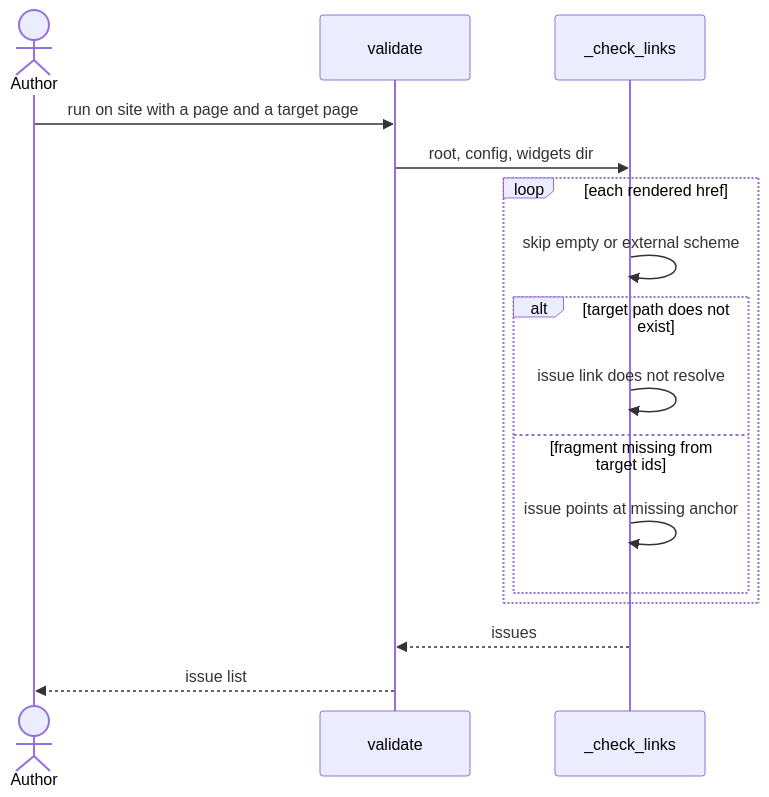
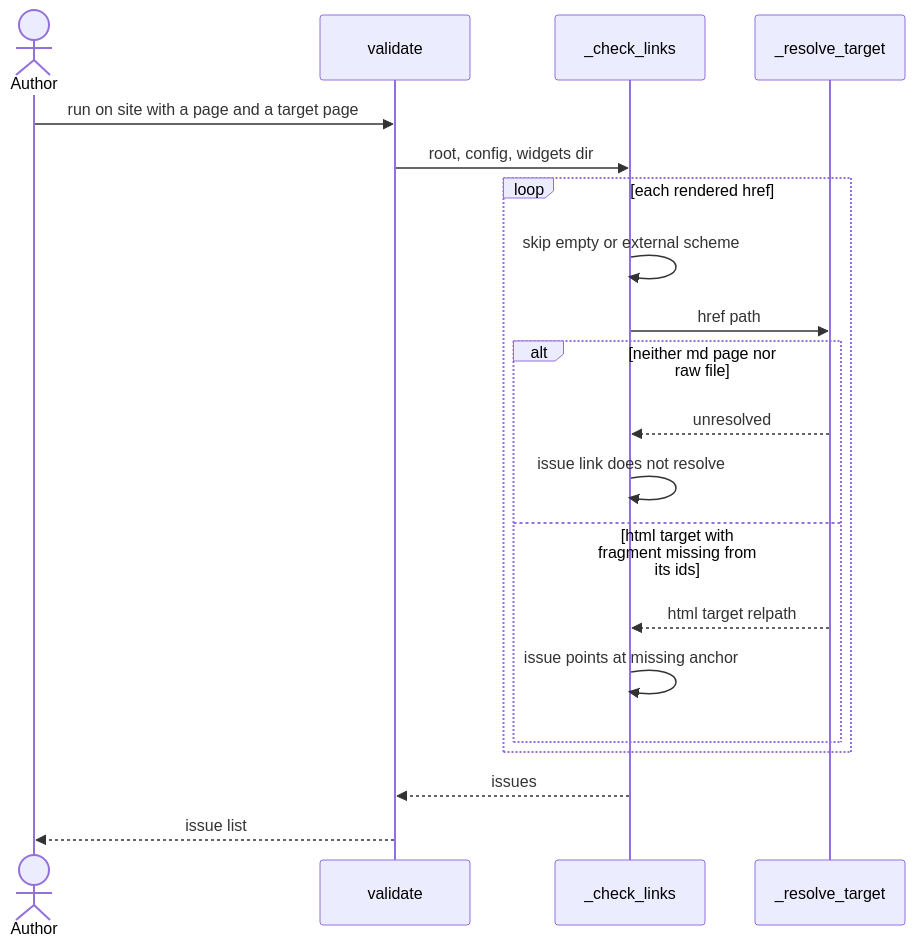
The fourth of 6 diagrams in wiki/features/Site-Validation.md (manuelagirre/mdwiki), drawn with Mermaid before and after one commit. The commit also changed other lines of this file and 9 other files, not shown here.

First line of the commit message:
Fold HTML/static file serving into the wiki and retire its backlog item

````diff
--- a/wiki/features/Site-Validation.md
+++ b/wiki/features/Site-Validation.md
@@ -130,18 +135,22 @@
 ```mermaid
 sequenceDiagram
     actor Author
     participant validate
     participant _check_links
+    participant _resolve_target
     Author->>validate: run on site with a page and a target page
     validate->>_check_links: root, config, widgets dir
     loop each rendered href
         _check_links->>_check_links: skip empty or external scheme
-        alt target path does not exist
+        _check_links->>_resolve_target: href path
+        alt neither md page nor raw file
+            _resolve_target-->>_check_links: unresolved
             _check_links->>_check_links: issue link does not resolve
-        else fragment missing from target ids
+        else html target with fragment missing from its ids
+            _resolve_target-->>_check_links: html target relpath
             _check_links->>_check_links: issue points at missing anchor
         end
     end
     _check_links-->>validate: issues
     validate-->>Author: issue list
 ```
````
